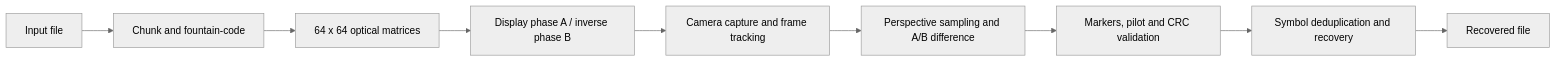
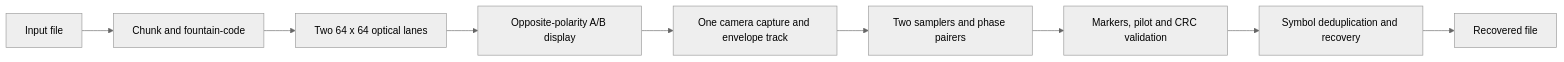
Before and after one commit to HKashyapX/QRS: the first of 2 diagrams in README.md, drawn with Mermaid (neutral theme). The commit also changed other lines of this file and 13 other files, not shown here.

````diff
--- a/README.md
+++ b/README.md
@@ -52,11 +52,11 @@
 ```mermaid
 flowchart LR
     F["Input file"] --> S["Chunk and fountain-code"]
-    S --> M["64 x 64 optical matrices"]
-    M --> D["Display phase A / inverse phase B"]
-    D --> C["Camera capture and frame tracking"]
-    C --> P["Perspective sampling and A/B difference"]
+    S --> M["Two 64 x 64 optical lanes"]
+    M --> D["Opposite-polarity A/B display"]
+    D --> C["One camera capture and envelope track"]
+    C --> P["Two samplers and phase pairers"]
     P --> V["Markers, pilot and CRC validation"]
     V --> R["Symbol deduplication and recovery"]
     R --> O["Recovered file"]
 ```
````
